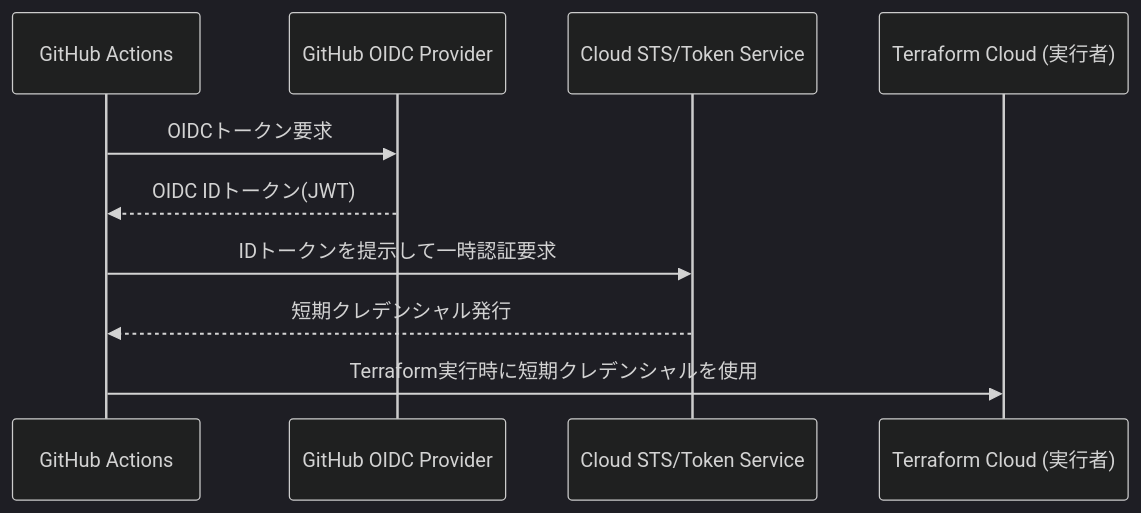
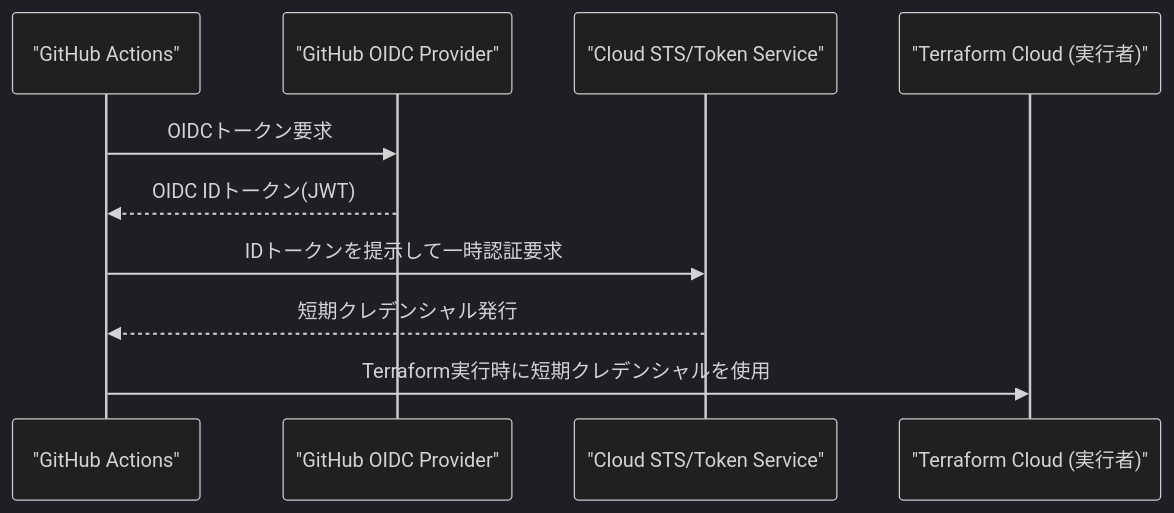
Before and after one commit to Mekann2904/learning-gh: the second of 2 diagrams in docs/guides/terraform-architecture-and-selection.md, drawn with Mermaid (dark theme). The commit also changed other lines of this file and 1 other file, not shown here.

Commit message:
Mermaidラベルを引用符化してGitHub描画修正

````diff
--- a/docs/guides/terraform-architecture-and-selection.md
+++ b/docs/guides/terraform-architecture-and-selection.md
@@ -82,13 +82,13 @@
 ```mermaid
 sequenceDiagram
-  participant GH as GitHub Actions
-  participant IDP as GitHub OIDC Provider
-  participant Cloud as Cloud STS/Token Service
-  participant TFC as Terraform Cloud (実行者)
+  participant GH as "GitHub Actions"
+  participant IDP as "GitHub OIDC Provider"
+  participant Cloud as "Cloud STS/Token Service"
+  participant TFC as "Terraform Cloud (実行者)"
 
   GH->>IDP: OIDCトークン要求
   IDP-->>GH: OIDC IDトークン(JWT)
   GH->>Cloud: IDトークンを提示して一時認証要求
   Cloud-->>GH: 短期クレデンシャル発行
   GH->>TFC: Terraform実行時に短期クレデンシャルを使用
 ```
````
